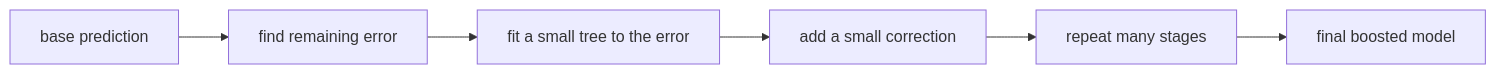
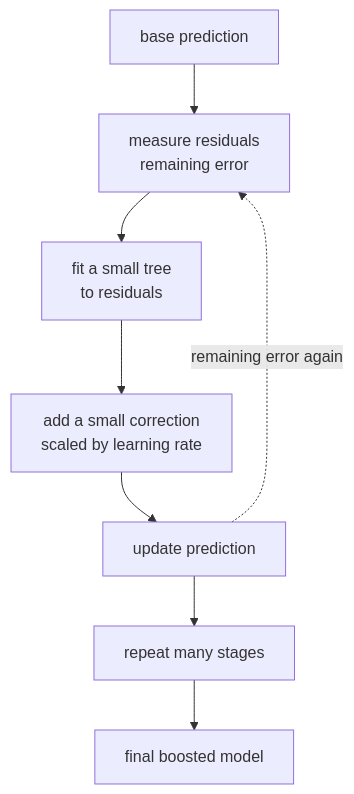
One commit to devchan64/AiBook changed the first of 2 diagrams in docs/parts/part-03/chapter-16/section-01.md. Above: the diagram before and after it, drawn with Mermaid. The commit also changed other lines of this file and 1 other file, not shown here.

Commit message:
docs(part-03): refine boosting diagrams

````diff
--- a/docs/parts/part-03/chapter-16/section-01.md
+++ b/docs/parts/part-03/chapter-16/section-01.md
@@ -82,11 +82,13 @@
 ```mermaid
-flowchart LR
+flowchart TD
   A["base prediction"]
-  B["find remaining error"]
-  C["fit a small tree to the error"]
-  D["add a small correction"]
-  E["repeat many stages"]
-  F["final boosted model"]
+  B["measure residuals<br/>remaining error"]
+  C["fit a small tree<br/>to residuals"]
+  D["add a small correction<br/>scaled by learning rate"]
+  E["update prediction"]
+  F["repeat many stages"]
+  G["final boosted model"]
 
-  A --> B --> C --> D --> E --> F
+  A --> B --> C --> D --> E --> F --> G
+  E -. remaining error again .-> B
 ```
````
